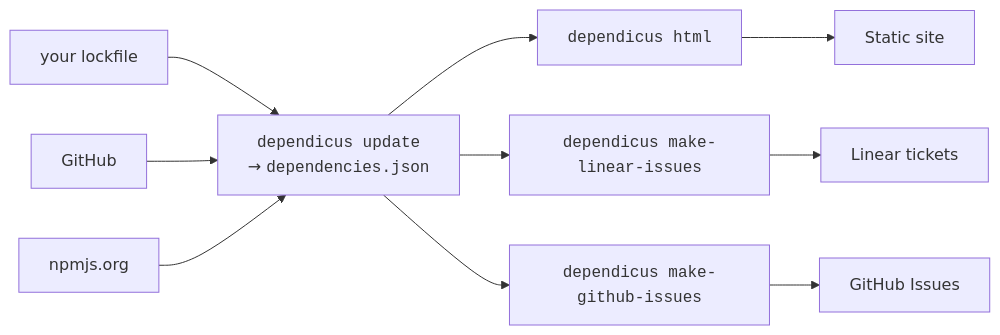
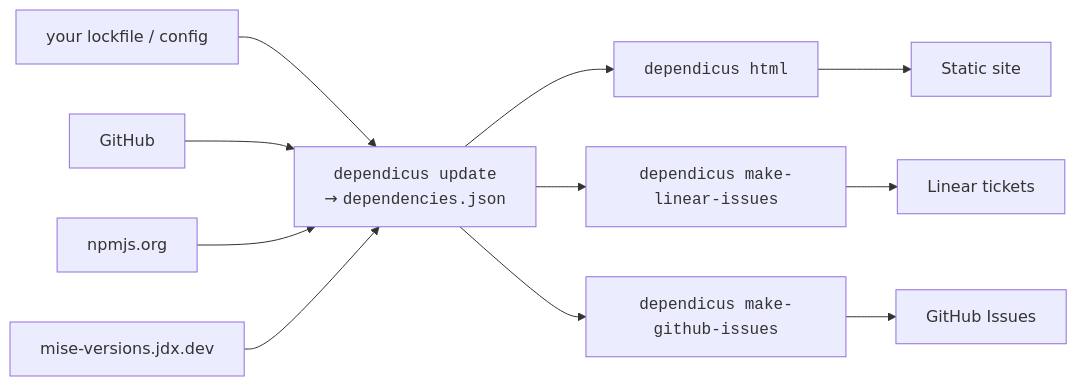
Before and after one commit to descriptinc/dependicus: the diagram in docs/docs/index.md, drawn with Mermaid. The commit also changed other lines of this file and 1 other file, not shown here.

````diff
--- a/docs/docs/index.md
+++ b/docs/docs/index.md
@@ -9,13 +9,14 @@
 ```mermaid
 graph LR
-    lockfile["your lockfile"] --> dependicus-update["<tt>dependicus update</tt><br>&rarr; <tt>dependencies.json</tt>"]
+    lockfile["your lockfile / config"] --> dependicus-update["<tt>dependicus update</tt><br>&rarr; <tt>dependencies.json</tt>"]
     GitHub --> dependicus-update
     npmjs.org --> dependicus-update
+    mise-versions["mise-versions.jdx.dev"] --> dependicus-update
     dependicus-update --> dependicus-html["<tt>dependicus html</tt>"]
     dependicus-update --> dependicus-make-linear-issues["<tt>dependicus make-linear-issues</tt>"]
     dependicus-update --> dependicus-make-github-issues["<tt>dependicus make-github-issues</tt>"]
 
     dependicus-html --> static-site["Static site"]
     dependicus-make-linear-issues --> linear-tickets["Linear tickets"]
     dependicus-make-github-issues --> github-issues["GitHub Issues"]
 ```
````
